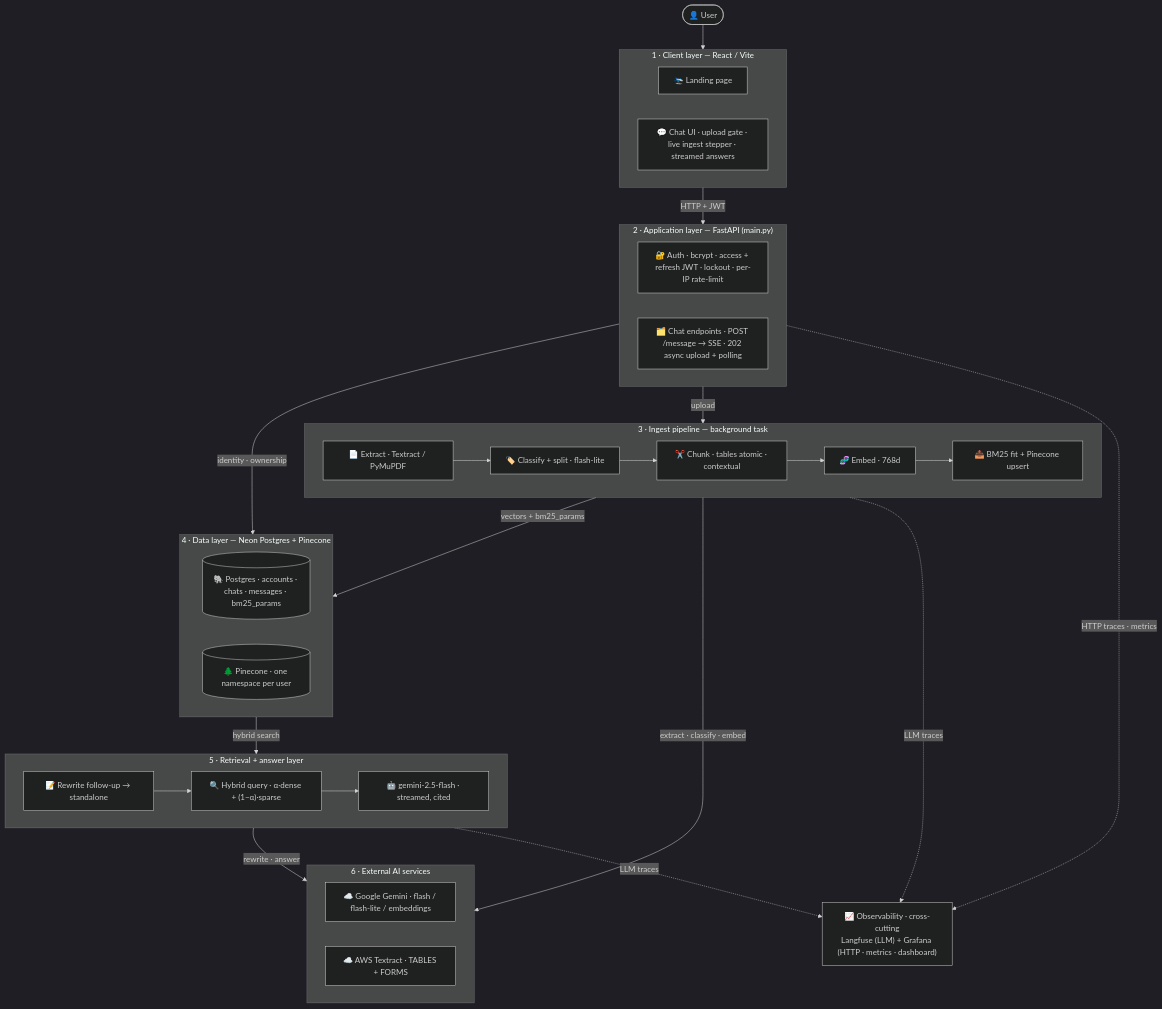
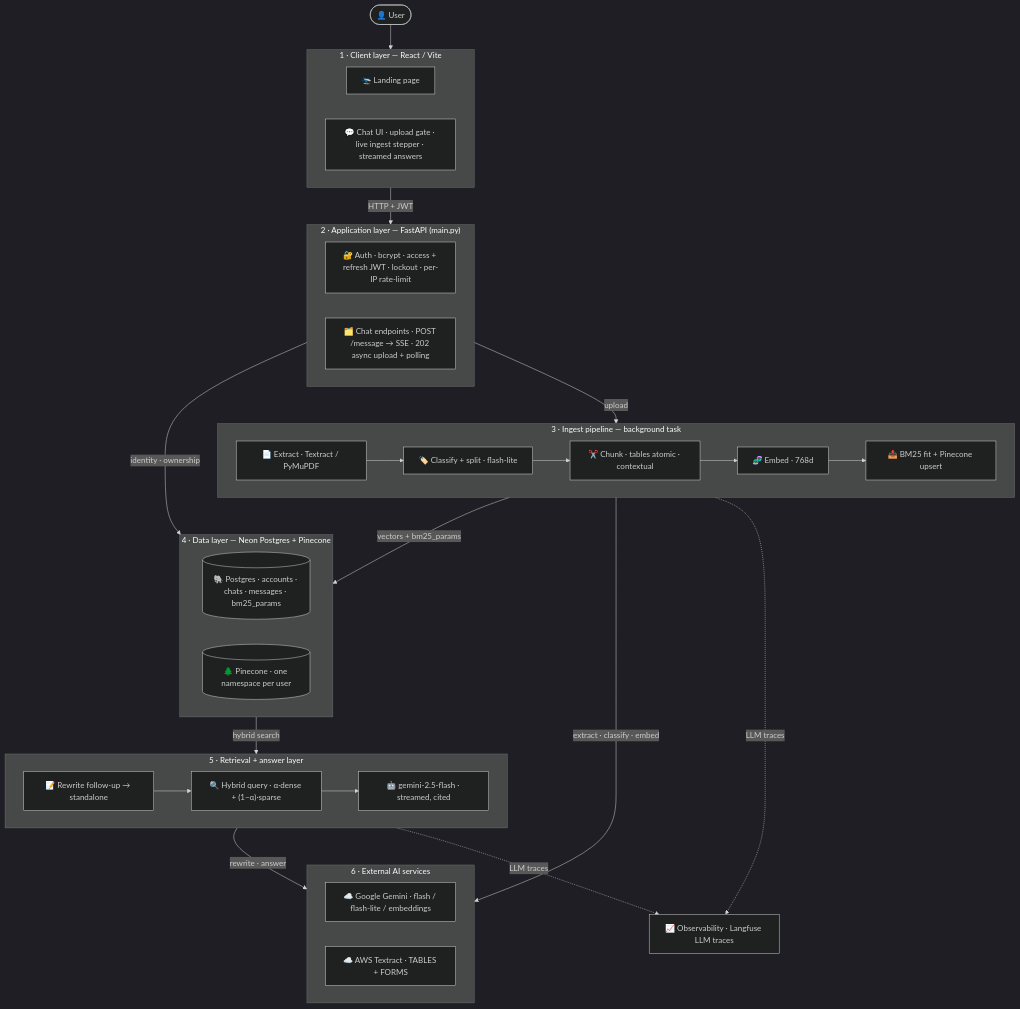
The diagram in README.md (VIVPM/document-retrieval-system), drawn with Mermaid (dark theme) before and after one commit. The commit also changed other lines of this file, not shown here.

Commit message:
docs: describe Langfuse-only observability

````diff
--- a/README.md
+++ b/README.md
@@ -72,48 +72,47 @@
 ```mermaid
 graph TD
     User(["👤 User"])
 
     subgraph CLIENT ["1 · Client layer — React / Vite"]
         Land["🛬 Landing page"]
         UI["💬 Chat UI · upload gate · live ingest stepper · streamed answers"]
     end
 
     subgraph APP ["2 · Application layer — FastAPI (main.py)"]
         Auth["🔐 Auth · bcrypt · access + refresh JWT · lockout · per-IP rate-limit"]
         REST["🗂️ Chat endpoints · POST /message → SSE · 202 async upload + polling"]
     end
 
     subgraph INGEST ["3 · Ingest pipeline — background task"]
         direction LR
         Ext["📄 Extract · Textract / PyMuPDF"] --> Split["🏷️ Classify + split · flash-lite"] --> Chunk["✂️ Chunk · tables atomic · contextual"] --> Emb["🧬 Embed · 768d"] --> Up["📤 BM25 fit + Pinecone upsert"]
     end
 
     subgraph DATA ["4 · Data layer — Neon Postgres + Pinecone"]
         PG[("🐘 Postgres · accounts · chats · messages · bm25_params")]
         Pine[("🌲 Pinecone · one namespace per user")]
     end
 
     subgraph QUERY ["5 · Retrieval + answer layer"]
         direction LR
         RW["📝 Rewrite follow-up → standalone"] --> Hyb["🔍 Hybrid query · α·dense + (1−α)·sparse"] --> Ans["🤖 gemini-2.5-flash · streamed, cited"]
     end
 
     subgraph EXT ["6 · External AI services"]
         Gem["☁️ Google Gemini · flash / flash-lite / embeddings"]
         Tex["☁️ AWS Textract · TABLES + FORMS"]
     end
 
-    OBS["📈 Observability · cross-cutting<br>Langfuse (LLM) + Grafana (HTTP · metrics · dashboard)"]
+    OBS["📈 Observability · Langfuse LLM traces"]
 
     User --> CLIENT
     CLIENT -->|HTTP + JWT| APP
     APP -->|identity · ownership| DATA
     APP -->|upload| INGEST
     INGEST -->|vectors + bm25_params| DATA
     DATA -->|hybrid search| QUERY
     INGEST -->|extract · classify · embed| EXT
     QUERY -->|rewrite · answer| EXT
-    APP -.->|HTTP traces · metrics| OBS
     INGEST -.->|LLM traces| OBS
     QUERY -.->|LLM traces| OBS
 ```
````
